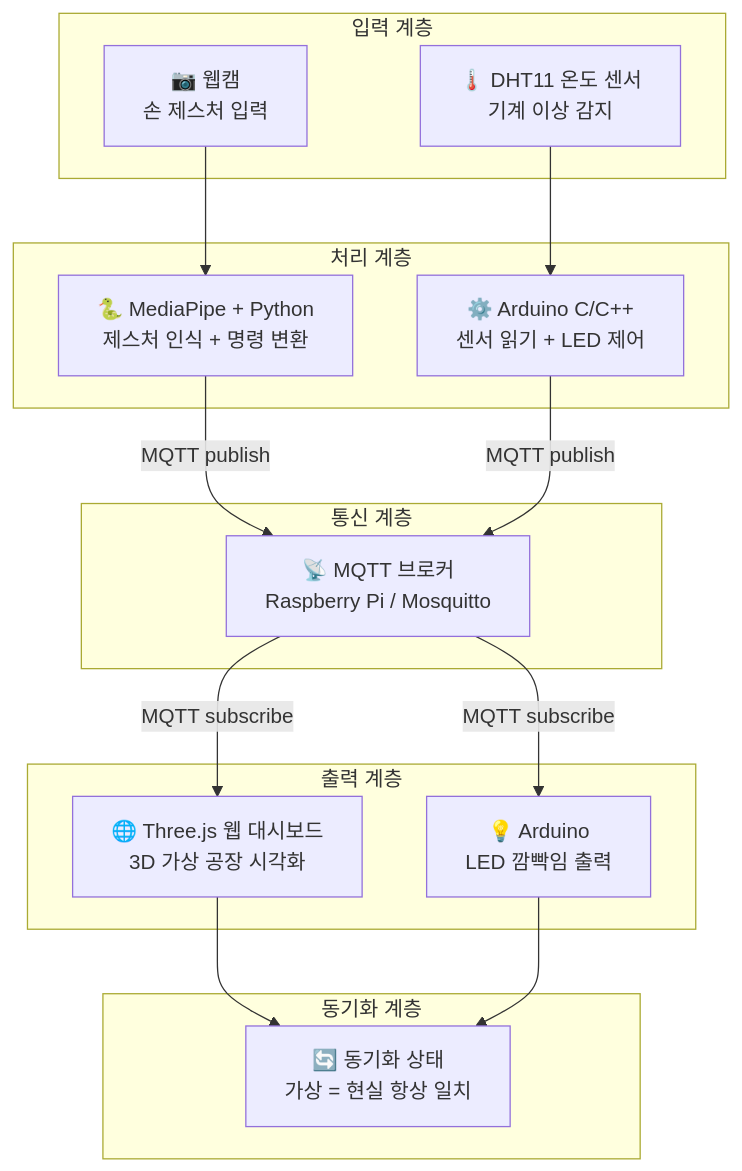
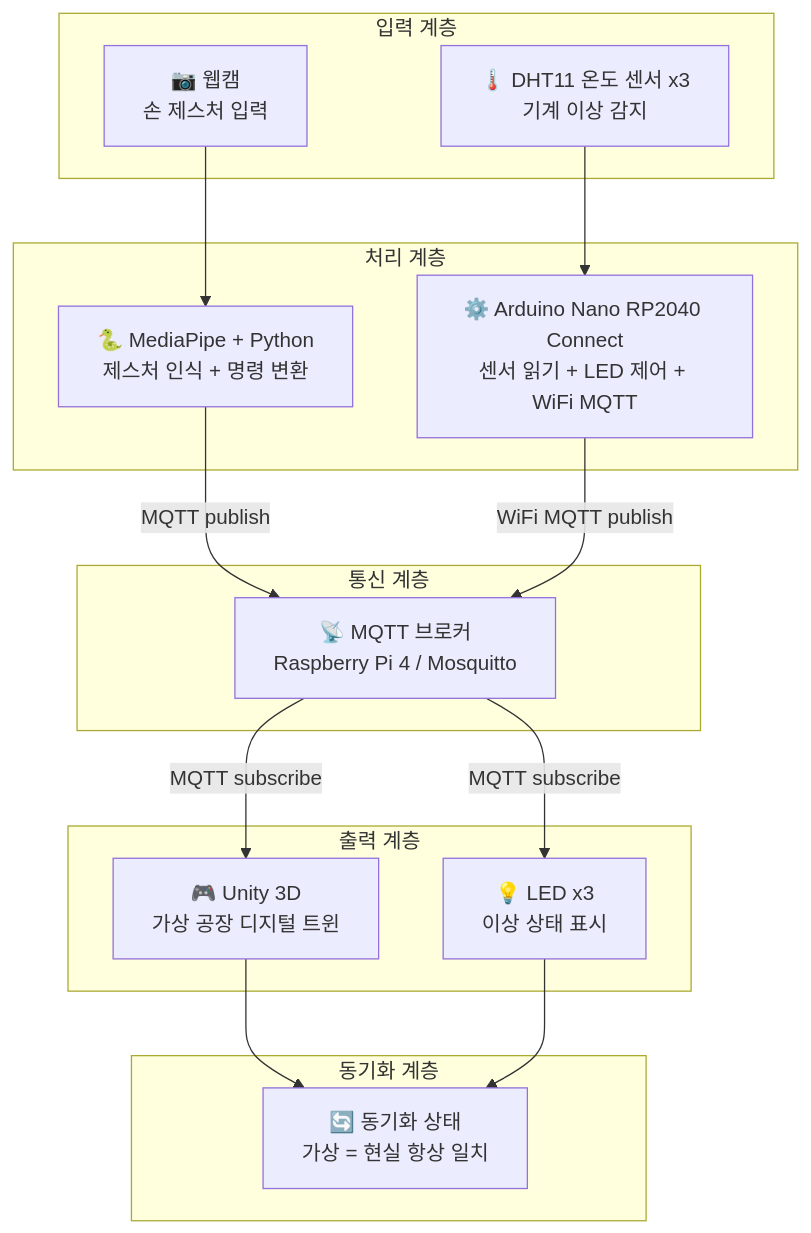
The diagram in README.md (seyong628/Capstone-Design), drawn with Mermaid before and after one commit. The commit also changed other lines of this file, not shown here.

````diff
--- a/README.md
+++ b/README.md
@@ -18,47 +18,43 @@
 ```mermaid
 flowchart TD
     A["📷 웹캠\n손 제스처 입력"]
-    B["🌡️ DHT11 온도 센서\n기계 이상 감지"]
-
+    B["🌡️ DHT11 온도 센서 x3\n기계 이상 감지"]
     C["🐍 MediaPipe + Python\n제스처 인식 + 명령 변환"]
-    D["⚙️ Arduino C/C++\n센서 읽기 + LED 제어"]
-
-    E["📡 MQTT 브로커\nRaspberry Pi / Mosquitto"]
-
-    F["🌐 Three.js 웹 대시보드\n3D 가상 공장 시각화"]
-    G["💡 Arduino\nLED 깜빡임 출력"]
-
+    D["⚙️ Arduino Nano RP2040 Connect\n센서 읽기 + LED 제어 + WiFi MQTT"]
+    E["📡 MQTT 브로커\nRaspberry Pi 4 / Mosquitto"]
+    F["🎮 Unity 3D\n가상 공장 디지털 트윈"]
+    G["💡 LED x3\n이상 상태 표시"]
     H["🔄 동기화 상태\n가상 = 현실 항상 일치"]
 
     subgraph INPUT["입력 계층"]
         A
         B
     end
 
     subgraph PROCESS["처리 계층"]
         C
         D
     end
 
     subgraph COMM["통신 계층"]
         E
     end
 
     subgraph OUTPUT["출력 계층"]
         F
         G
     end
 
     subgraph SYNC["동기화 계층"]
         H
     end
 
     A --> C
     B --> D
     C -->|MQTT publish| E
-    D -->|MQTT publish| E
+    D -->|WiFi MQTT publish| E
     E -->|MQTT subscribe| F
     E -->|MQTT subscribe| G
     F --> H
     G --> H
 ```
````
